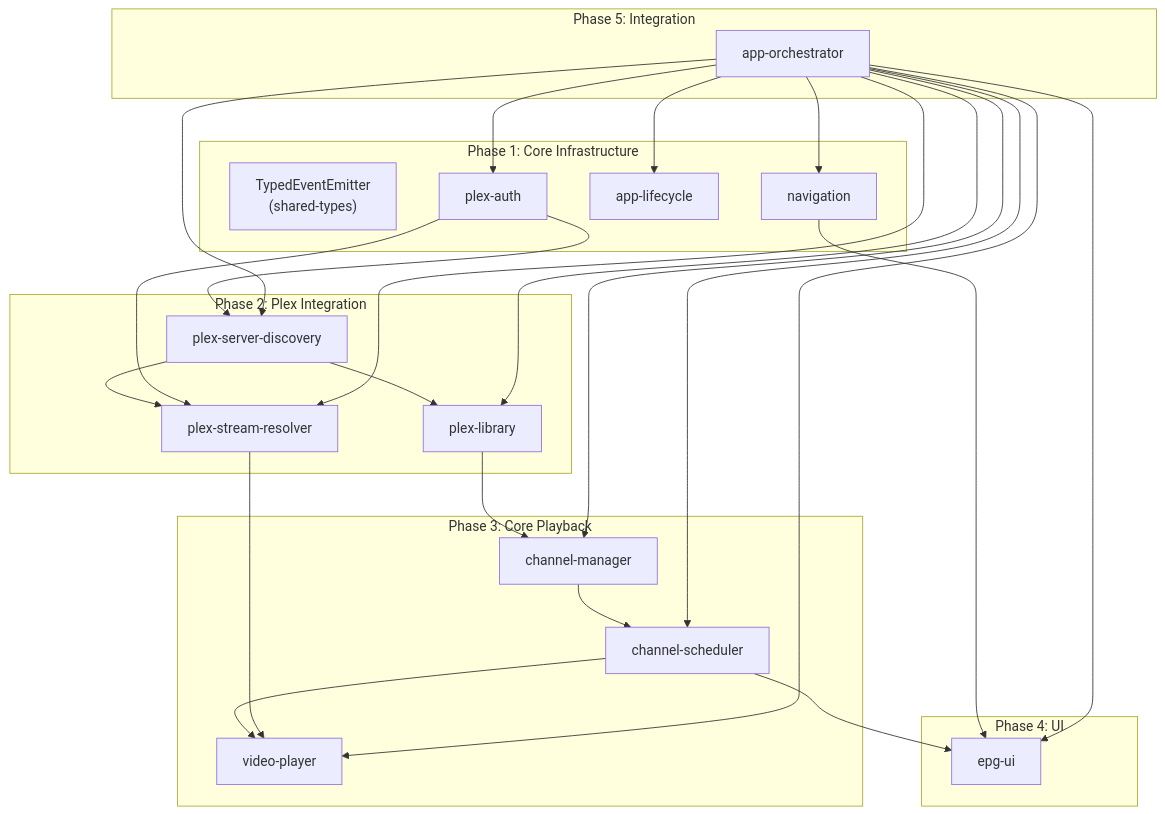
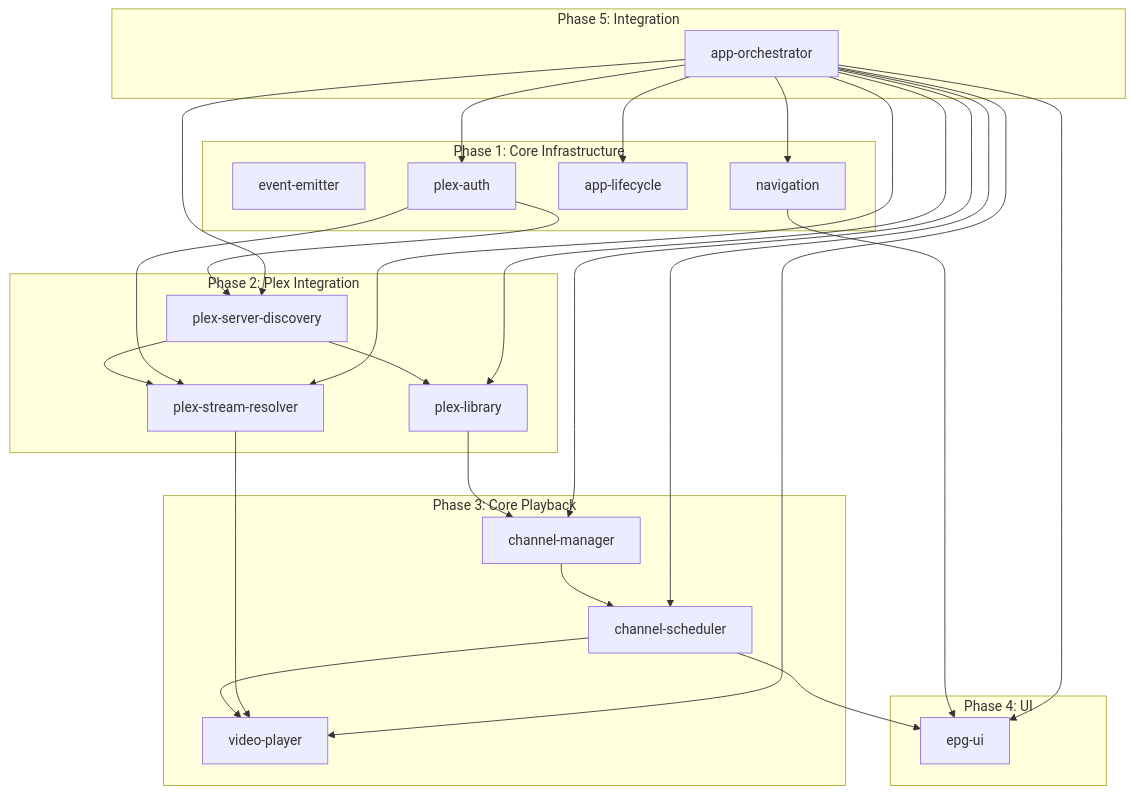
The diagram in spec-pack/README.md (TJZine/Retune), drawn with Mermaid before and after one commit. The commit also changed other lines of this file and 40 other files, not shown here.

````diff
--- a/spec-pack/README.md
+++ b/spec-pack/README.md
@@ -159,51 +173,51 @@
 ```mermaid
 graph TB
     subgraph "Phase 1: Core Infrastructure"
-        EE["TypedEventEmitter<br/>(shared-types)"]
+        EE[event-emitter]
         PA[plex-auth]
         AL[app-lifecycle]
         NAV[navigation]
     end
     
     subgraph "Phase 2: Plex Integration"
         PSD[plex-server-discovery]
         PL[plex-library]
         PSR[plex-stream-resolver]
     end
     
     subgraph "Phase 3: Core Playback"
         VP[video-player]
         CM[channel-manager]
         CS[channel-scheduler]
     end
     
     subgraph "Phase 4: UI"
         EPG[epg-ui]
     end
     
     subgraph "Phase 5: Integration"
         AO[app-orchestrator]
     end
     
     PA --> PSD
     PSD --> PL
     PSD --> PSR
     PA --> PSR
     PL --> CM
     CM --> CS
     CS --> VP
     PSR --> VP
     CS --> EPG
     NAV --> EPG
     
     AO --> AL
     AO --> NAV
     AO --> PA
     AO --> PSD
     AO --> PL
     AO --> PSR
     AO --> VP
     AO --> CM
     AO --> CS
     AO --> EPG
 ```
````
